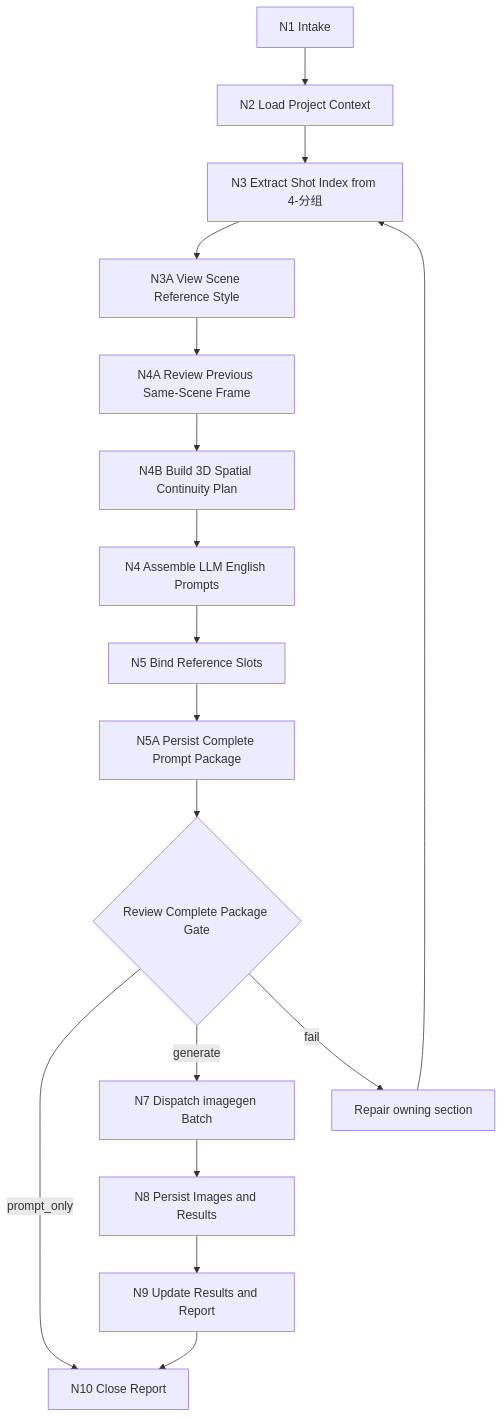
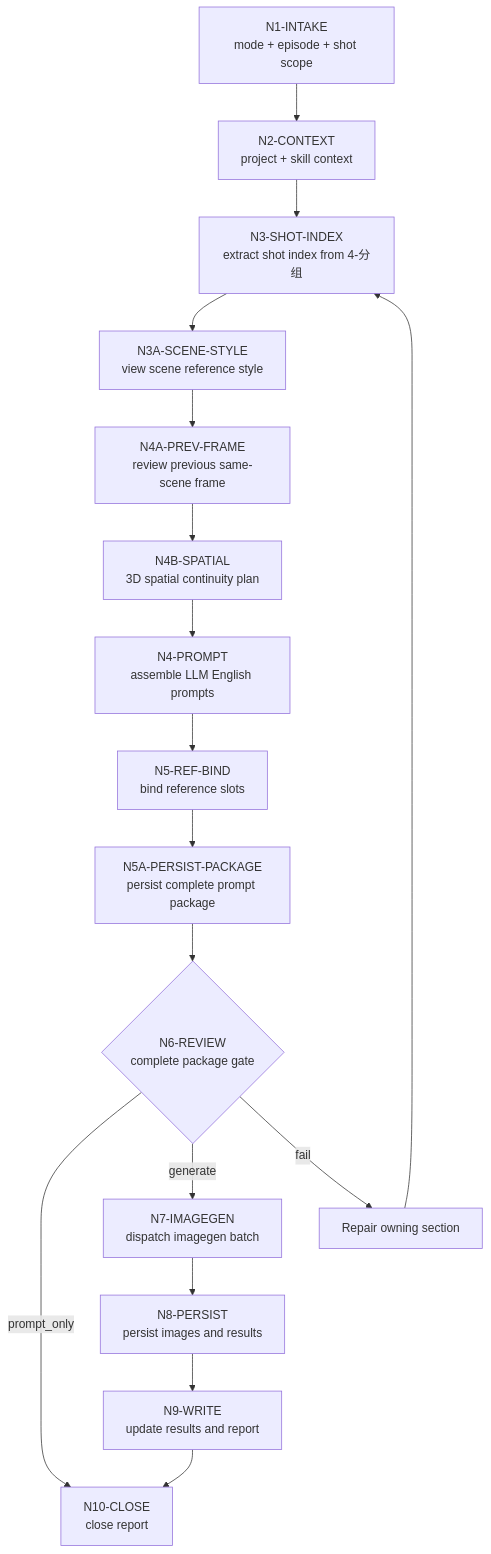
The diagram in .agents/skills/aigc/6-图像/A-分镜画面/steps/frame-image-workflow.md (ZEN-VOID/AI-CUT), drawn with Mermaid before and after one commit. The commit also changed 41 other files, not shown here.

````diff
--- a/.agents/skills/aigc/6-图像/A-分镜画面/steps/frame-image-workflow.md
+++ b/.agents/skills/aigc/6-图像/A-分镜画面/steps/frame-image-workflow.md
@@ -7,19 +7,19 @@
 ```mermaid
 flowchart TD
-    N1["N1 Intake"] --> N2["N2 Load Project Context"]
-    N2 --> N3["N3 Extract Shot Index from 4-分组"]
-    N3 --> N3A["N3A View Scene Reference Style"]
-    N3A --> N4A["N4A Review Previous Same-Scene Frame"]
-    N4A --> N4B["N4B Build 3D Spatial Continuity Plan"]
-    N4B --> N4["N4 Assemble LLM English Prompts"]
-    N4 --> N5["N5 Bind Reference Slots"]
-    N5 --> N5A["N5A Persist Complete Prompt Package"]
-    N5A --> N6{"Review Complete Package Gate"}
-    N6 -->|"prompt_only"| N10["N10 Close Report"]
-    N6 -->|"generate"| N7["N7 Dispatch imagegen Batch"]
-    N7 --> N8["N8 Persist Images and Results"]
-    N8 --> N9["N9 Update Results and Report"]
+    N1["N1-INTAKE<br/>mode + episode + shot scope"] --> N2["N2-CONTEXT<br/>project + skill context"]
+    N2 --> N3["N3-SHOT-INDEX<br/>extract shot index from 4-分组"]
+    N3 --> N3A["N3A-SCENE-STYLE<br/>view scene reference style"]
+    N3A --> N4A["N4A-PREV-FRAME<br/>review previous same-scene frame"]
+    N4A --> N4B["N4B-SPATIAL<br/>3D spatial continuity plan"]
+    N4B --> N4["N4-PROMPT<br/>assemble LLM English prompts"]
+    N4 --> N5["N5-REF-BIND<br/>bind reference slots"]
+    N5 --> N5A["N5A-PERSIST-PACKAGE<br/>persist complete prompt package"]
+    N5A --> N6{"N6-REVIEW<br/>complete package gate"}
+    N6 -->|"prompt_only"| N10["N10-CLOSE<br/>close report"]
+    N6 -->|"generate"| N7["N7-IMAGEGEN<br/>dispatch imagegen batch"]
+    N7 --> N8["N8-PERSIST<br/>persist images and results"]
+    N8 --> N9["N9-WRITE<br/>update results and report"]
     N6 -->|"fail"| R["Repair owning section"]
     R --> N3
-    N9 --> N10["N10 Close Report"]
+    N9 --> N10["N10-CLOSE<br/>close report"]
 ```
````
